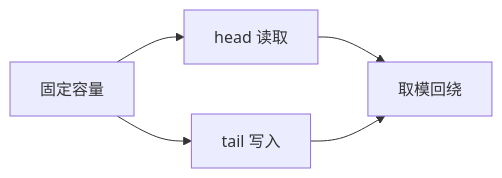
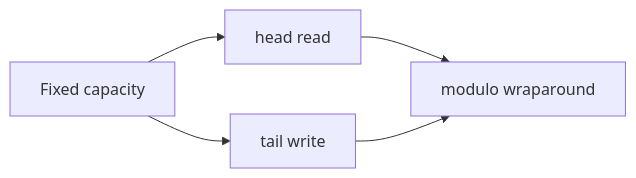
One commit to HONGLEI111/hhlblog-global changed the diagram in src/content/technology/circular-array.md. Above: the diagram before and after it, drawn with Mermaid. The commit also changed 33 other files, not shown here.

First line of the commit message:
content(code): 翻译 mermaid 图节点标签（34 文件 / 267 处）

````diff
--- a/src/content/technology/circular-array.md
+++ b/src/content/technology/circular-array.md
@@ -240,7 +240,7 @@
 ```mermaid
 graph LR
-    A[固定容量] --> B[head 读取]
-    A --> C[tail 写入]
-    B --> D[取模回绕]
+    A[Fixed capacity] --> B[head read]
+    A --> C[tail write]
+    B --> D[modulo wraparound]
     C --> D
 ```
````
